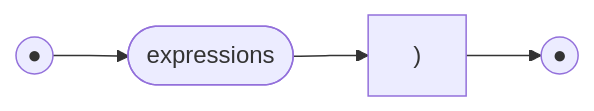
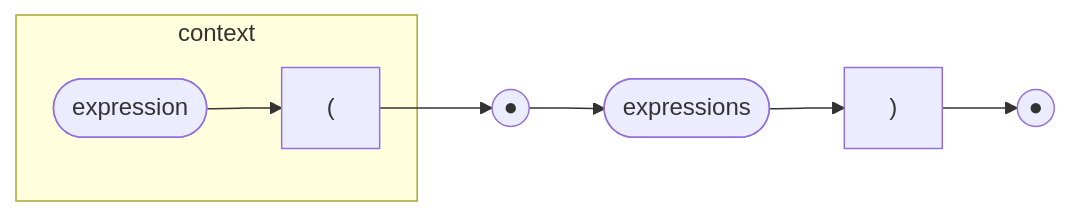
Before and after one commit to billhails/CEKF: diagram 52 of 59 in docs/railroad.md, drawn with Mermaid. The commit also changed other lines of this file and 4 other files, not shown here.

````diff
--- a/docs/railroad.md
+++ b/docs/railroad.md
@@ -756,6 +804,9 @@
 ```mermaid
 flowchart LR
 s(("●"))
 e(("●"))
-s --> exps([expressions]) --> close[")"] --> e
+subgraph context
+ex([expression]) --> open["("]
+end
+open --> s --> exps([expressions]) --> close[")"] --> e
 ```
````
